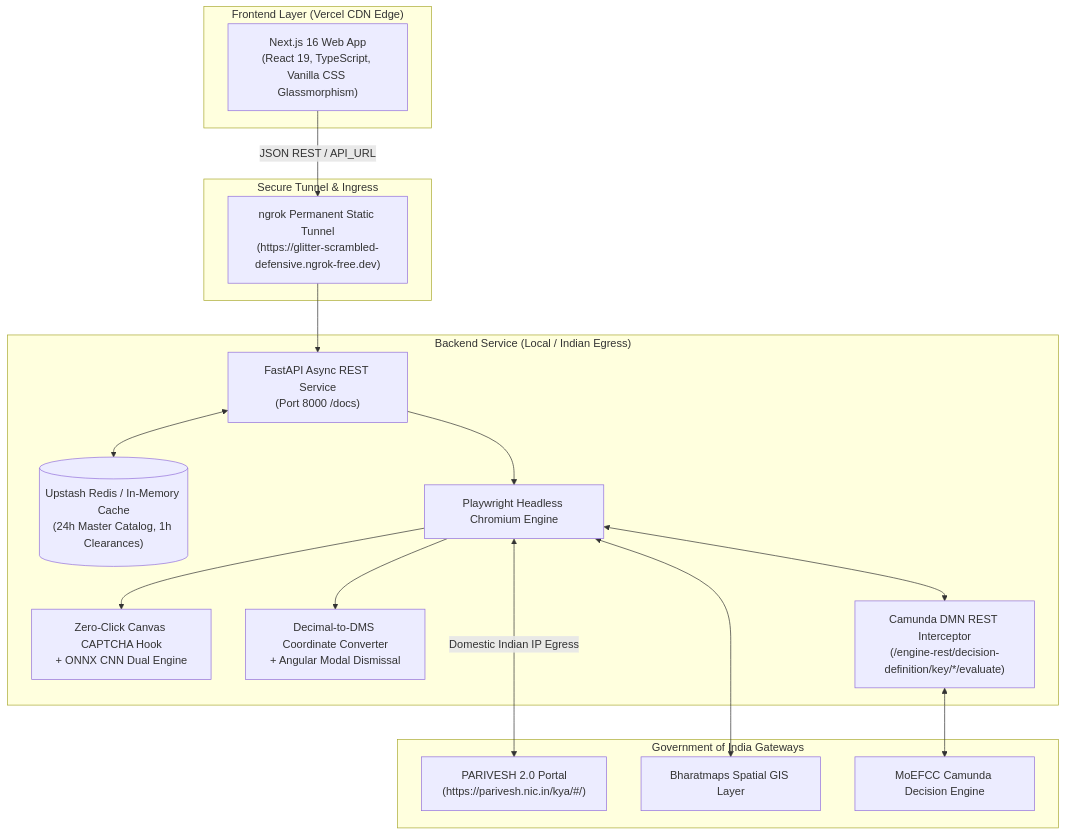
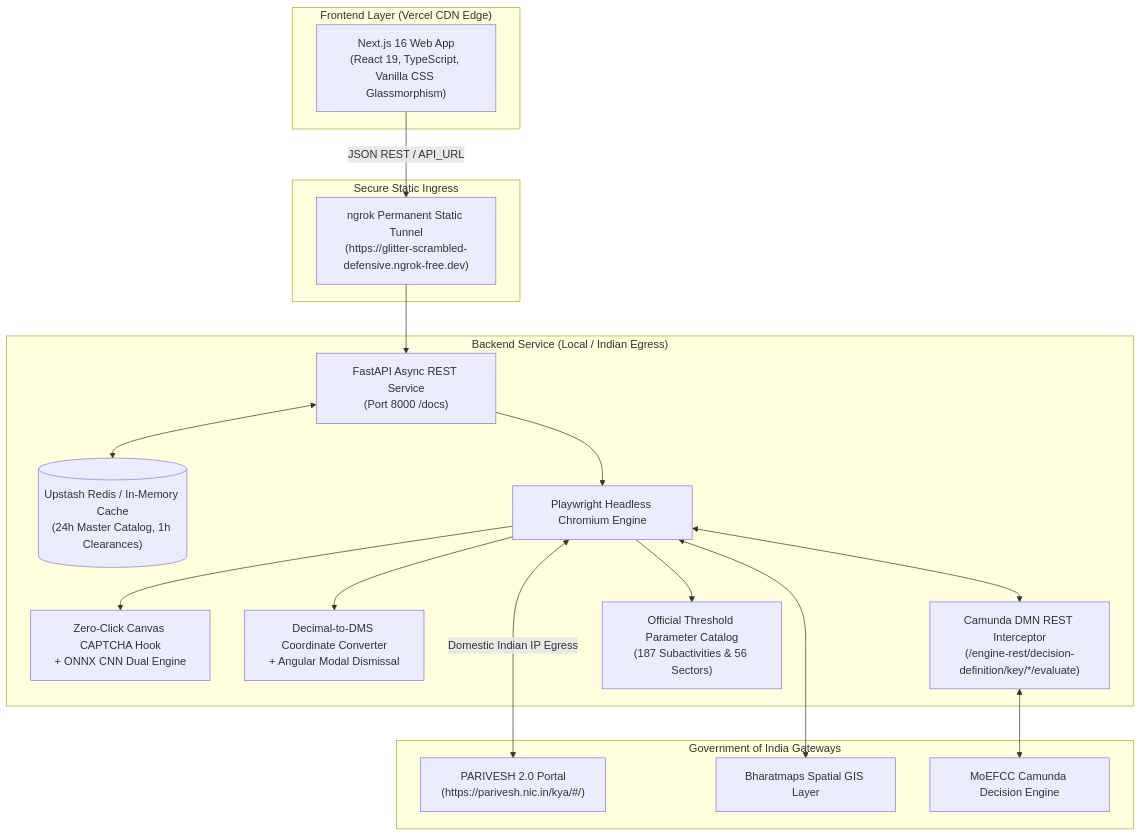
The diagram in README.md (Baazigar111/Parivesh-KYA-GOI), drawn with Mermaid before and after one commit. The commit also changed other lines of this file, not shown here.

Commit message:
docs: comprehensive README documenting project evolution, architectural changes, tech stack rationales, and portal alignment

````diff
--- a/README.md
+++ b/README.md
@@ -16,36 +16,38 @@
 ```mermaid
 flowchart TD
     subgraph Frontend_Tier ["Frontend Layer (Vercel CDN Edge)"]
         UI["Next.js 16 Web App\n(React 19, TypeScript, Vanilla CSS Glassmorphism)"]
     end
 
-    subgraph Ingress_Tier ["Secure Tunnel & Ingress"]
+    subgraph Ingress_Tier ["Secure Static Ingress"]
         TUNNEL["ngrok Permanent Static Tunnel\n(https://glitter-scrambled-defensive.ngrok-free.dev)"]
     end
 
     subgraph Backend_Tier ["Backend Service (Local / Indian Egress)"]
         API["FastAPI Async REST Service\n(Port 8000 /docs)"]
         CACHE[("Upstash Redis / In-Memory Cache\n(24h Master Catalog, 1h Clearances)")]
         ENGINE["Playwright Headless Chromium Engine"]
         CAPTCHA["Zero-Click Canvas CAPTCHA Hook\n+ ONNX CNN Dual Engine"]
         DMS["Decimal-to-DMS Coordinate Converter\n+ Angular Modal Dismissal"]
         DMN["Camunda DMN REST Interceptor\n(/engine-rest/decision-definition/key/*/evaluate)"]
+        THRESH["Official Threshold Parameter Catalog\n(187 Subactivities & 56 Sectors)"]
     end
 
     subgraph Government_Tier ["Government of India Gateways"]
         NIC["PARIVESH 2.0 Portal\n(https://parivesh.nic.in/kya/#/)"]
         BHARAT["Bharatmaps Spatial GIS Layer"]
         CAMUNDA_GOV["MoEFCC Camunda Decision Engine"]
     end
 
     UI -->|JSON REST / API_URL| TUNNEL
     TUNNEL --> API
     API <--> CACHE
     API --> ENGINE
     ENGINE --> CAPTCHA
     ENGINE --> DMS
+    ENGINE --> THRESH
     ENGINE <-->|Domestic Indian IP Egress| NIC
     ENGINE <--> BHARAT
     ENGINE <--> DMN
     DMN <--> CAMUNDA_GOV
 ```
````
